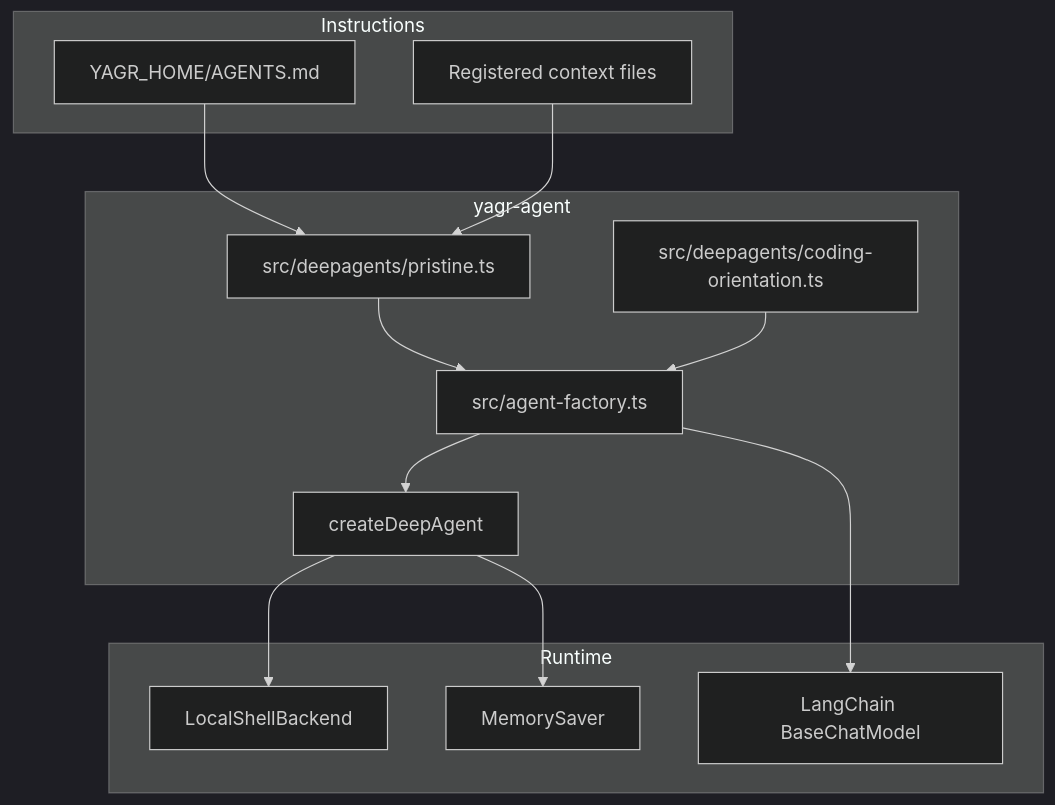
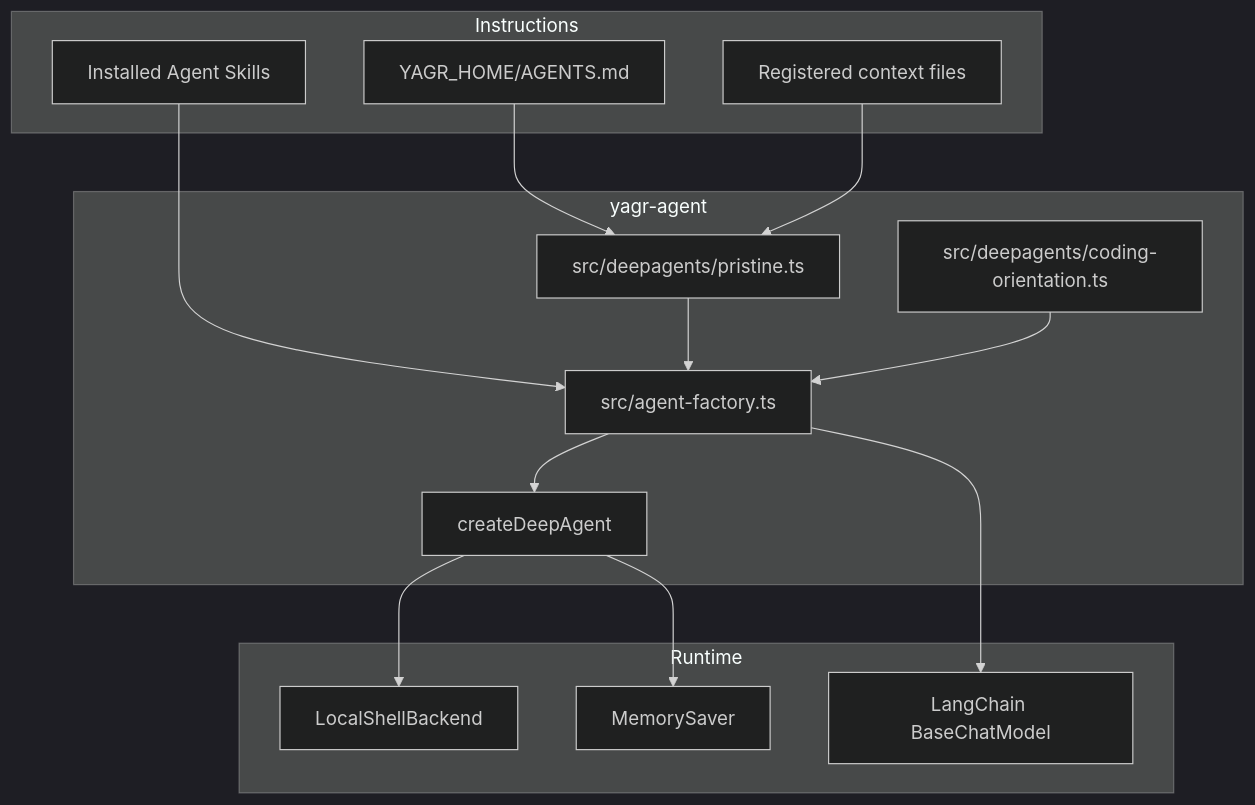
Before and after one commit to EtienneLescot/yagr: the diagram in architecture/current/deepagents-agent.md, drawn with Mermaid (dark theme). The commit also changed other lines of this file and 21 other files, not shown here.

First line of the commit message:
feat(skills): implement agent skills management and CLI integration

````diff
--- a/architecture/current/deepagents-agent.md
+++ b/architecture/current/deepagents-agent.md
@@ -18,29 +19,31 @@
 ```mermaid
 flowchart TD
     subgraph AgentCore["yagr-agent"]
         AF[src/agent-factory.ts]
         PR[src/deepagents/pristine.ts]
         CO[src/deepagents/coding-orientation.ts]
         DA[createDeepAgent]
     end
 
     subgraph InstructionLayer["Instructions"]
         HOME[YAGR_HOME/AGENTS.md]
         CTX[Registered context files]
+        SKILLS[Installed Agent Skills]
     end
 
     subgraph RuntimeLayer["Runtime"]
         BACKEND[LocalShellBackend]
         CHECKPOINT[MemorySaver]
         MODEL[LangChain BaseChatModel]
     end
 
     HOME --> PR
     CTX --> PR
+    SKILLS --> AF
     PR --> AF
     CO --> AF
     AF --> DA
     DA --> BACKEND
     DA --> CHECKPOINT
     AF --> MODEL
 ```
````
